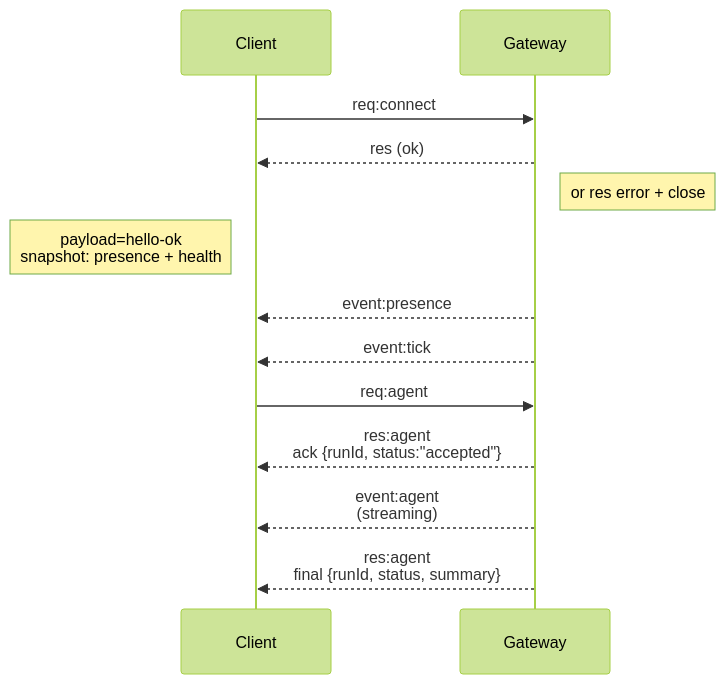
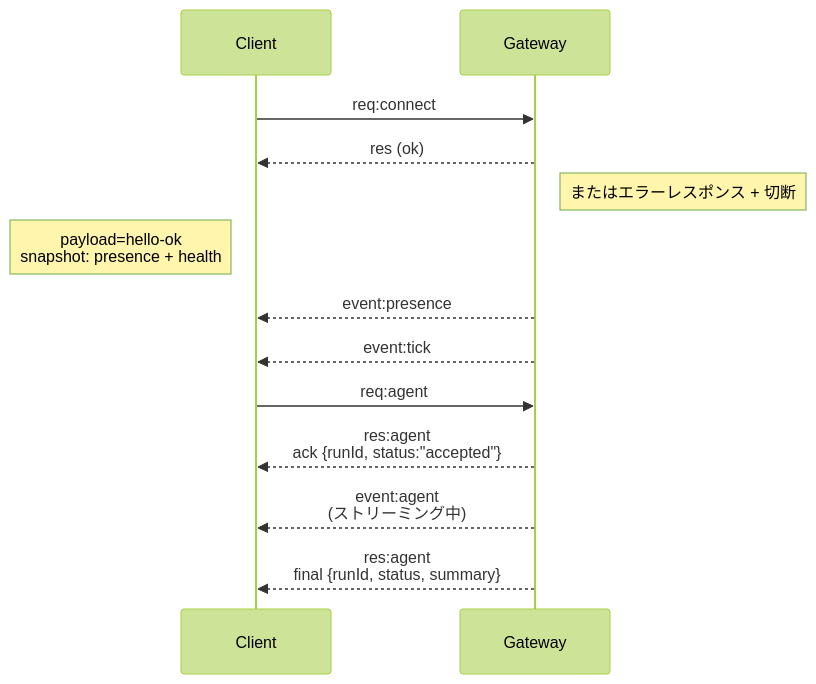
Before and after one commit to cabbagehao/openclawDoc: the diagram in docs/ja-JP/concepts/architecture.md, drawn with Mermaid (forest theme). The commit also changed other lines of this file and 266 other files, not shown here.

````diff
--- a/docs/ja-JP/concepts/architecture.md
+++ b/docs/ja-JP/concepts/architecture.md
@@ -62,18 +55,18 @@
 ```mermaid
 sequenceDiagram
     participant Client
     participant Gateway
 
     Client->>Gateway: req:connect
     Gateway-->>Client: res (ok)
-    Note right of Gateway: or res error + close
+    Note right of Gateway: またはエラーレスポンス + 切断
     Note left of Client: payload=hello-ok<br>snapshot: presence + health
 
     Gateway-->>Client: event:presence
     Gateway-->>Client: event:tick
 
     Client->>Gateway: req:agent
     Gateway-->>Client: res:agent<br>ack {runId, status:"accepted"}
-    Gateway-->>Client: event:agent<br>(streaming)
+    Gateway-->>Client: event:agent<br>(ストリーミング中)
     Gateway-->>Client: res:agent<br>final {runId, status, summary}
 ```
````
